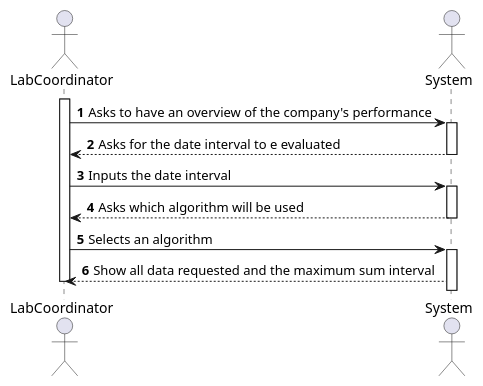
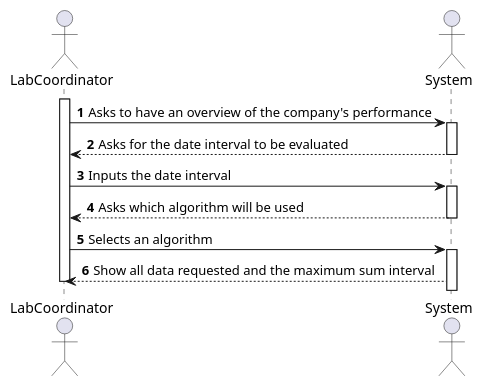
Before and after one commit to MarianaCLages/LAPR2: the diagram in docs/SprintD/US16/US16_SSD.puml, drawn with PlantUML. The commit also changed 17 other files, not shown here.

```diff
--- a/docs/SprintD/US16/US16_SSD.puml
+++ b/docs/SprintD/US16/US16_SSD.puml
@@ -1,20 +1,20 @@
 @startuml
 actor "LabCoordinator" as LabCord
 actor "System" as Sys
 autonumber
 
 activate LabCord
 LabCord -> Sys: Asks to have an overview of the company's performance
 activate Sys
-Sys --> LabCord: Asks for the date interval to e evaluated
+Sys --> LabCord: Asks for the date interval to be evaluated
 deactivate Sys
 LabCord -> Sys: Inputs the date interval
 activate Sys
 Sys --> LabCord: Asks which algorithm will be used
 deactivate Sys
 LabCord -> Sys: Selects an algorithm
 activate Sys
 Sys --> LabCord: Show all data requested and the maximum sum interval
 deactivate LabCord
 
 @enduml
```
